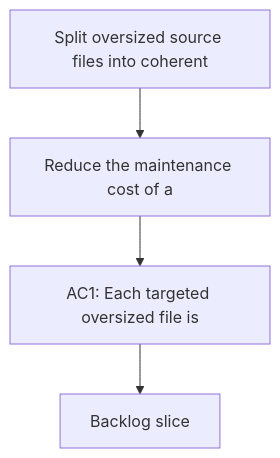
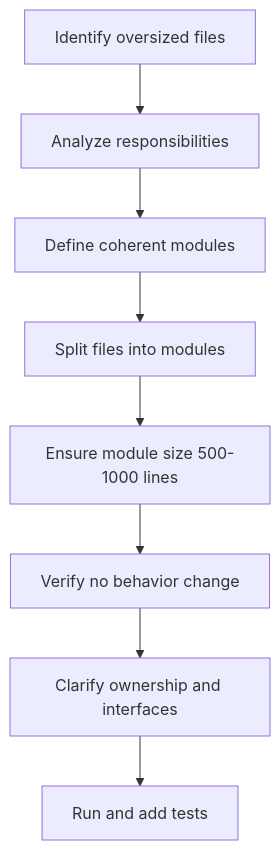
The diagram in logics/request/req_050_split_oversized_source_files_into_coherent_modules.md (AlexAgo83/logics-manager), drawn with Mermaid before and after one commit. The commit also changed other lines of this file and 54 other files, not shown here.

````diff
--- a/logics/request/req_050_split_oversized_source_files_into_coherent_modules.md
+++ b/logics/request/req_050_split_oversized_source_files_into_coherent_modules.md
@@ -10,8 +10,12 @@
 ```mermaid
 %% logics-kind: request
 %% logics-signature: request|split-oversized-source-files-into-cohere|reduce-the-maintenance-cost-of-a|ac1-each-targeted-oversized-file-is
 flowchart TD
-    Trigger[Split oversized source files into coherent] --> Need[Reduce the maintenance cost of a]
-    Need --> Outcome[AC1: Each targeted oversized file is]
-    Outcome --> Backlog[Backlog slice]
+    A[Identify oversized files] --> B[Analyze responsibilities]
+    B --> C[Define coherent modules]
+    C --> D[Split files into modules]
+    D --> E[Ensure module size 500-1000 lines]
+    E --> F[Verify no behavior change]
+    F --> G[Clarify ownership and interfaces]
+    G --> H[Run and add tests]
 ```
````
